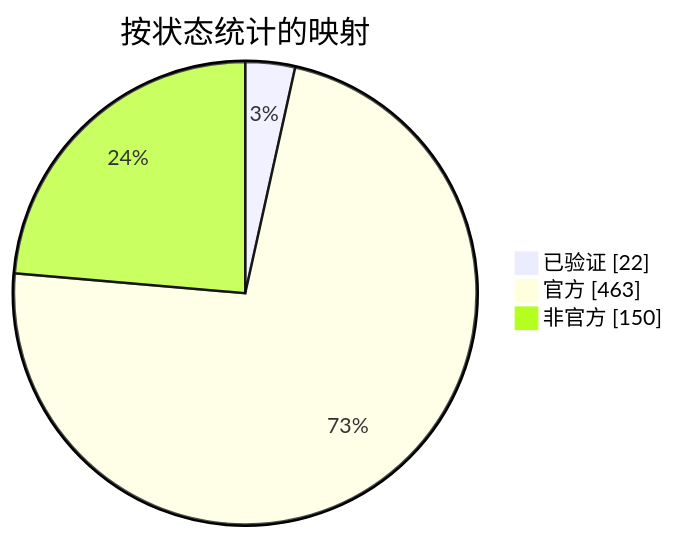
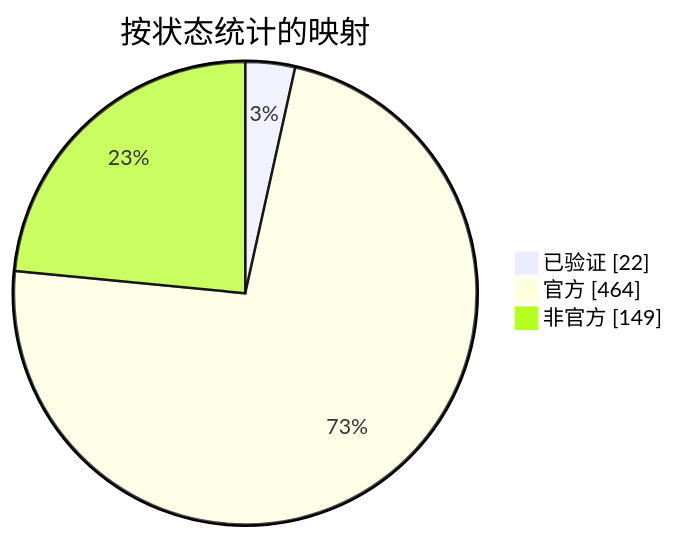
The diagram in docs/readme/README_ZHS.md (nobrega8/mbmap-library), drawn with Mermaid before and after one commit. The commit also changed 6 other files, not shown here.

````diff
--- a/docs/readme/README_ZHS.md
+++ b/docs/readme/README_ZHS.md
@@ -54,7 +54,7 @@
 ```mermaid
 pie showData
     title 按状态统计的映射
     "已验证" : 22
-    "官方" : 463
-    "非官方" : 150
+    "官方" : 464
+    "非官方" : 149
 ```
````
